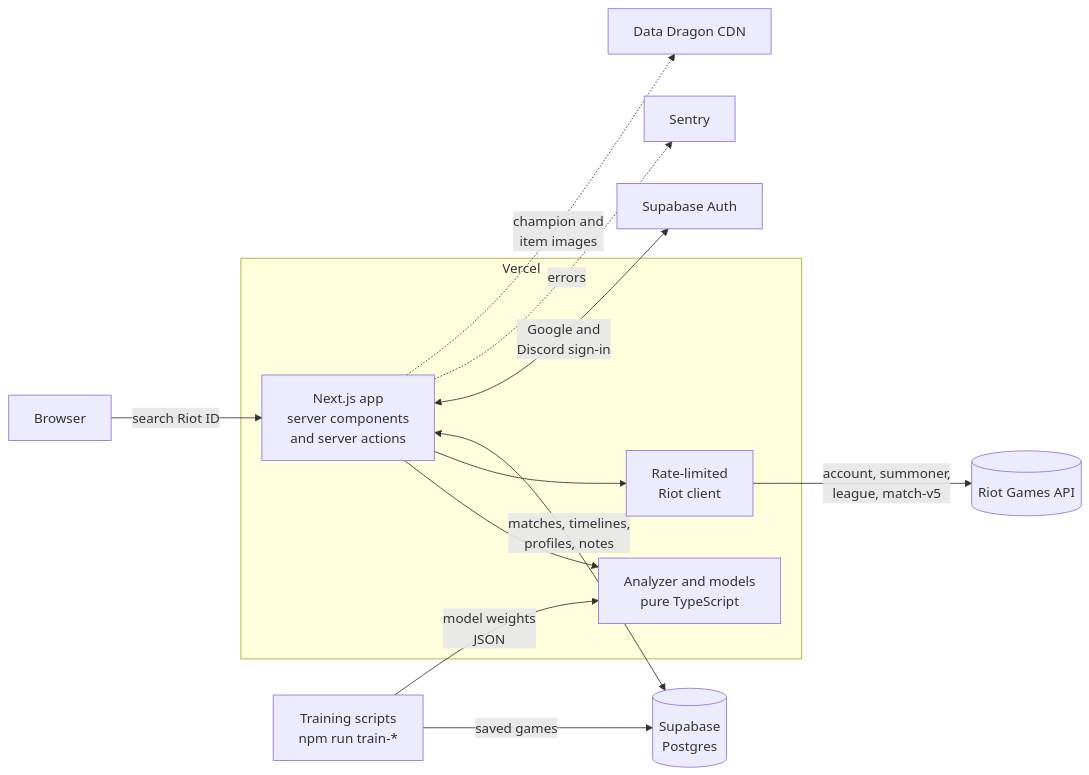
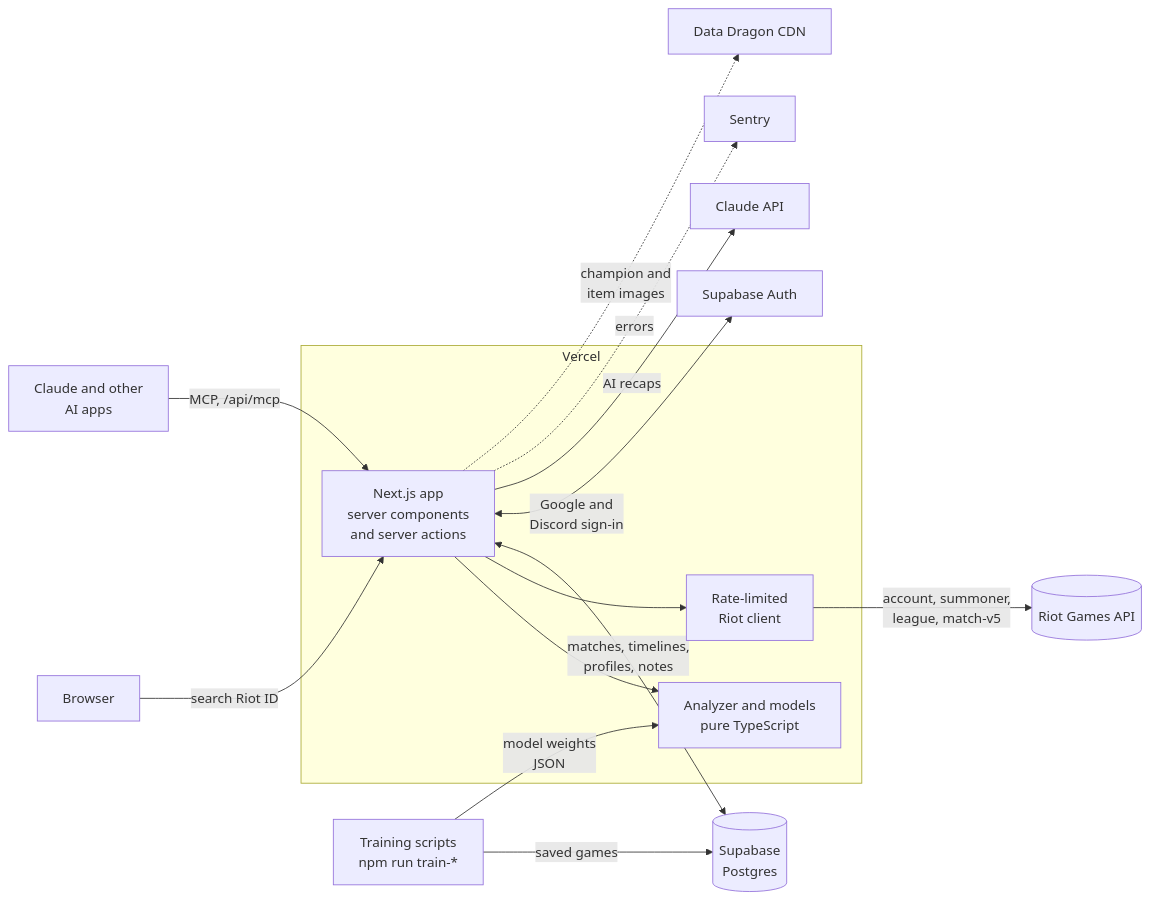
Before and after one commit to Jaspyplayz/League-Web-App: the diagram in README.md, drawn with Mermaid. The commit also changed other lines of this file and 2 other files, not shown here.

Commit message:
Add ARCHITECTURE.md with request flow, caching rules and known limits
Adds MCP and Claude to the README diagram and links the new page from
README and CLAUDE.md.

Claude-Session: https://claude.ai/code/session_01QV9iK5f26UFMd5huPUUitg

````diff
--- a/README.md
+++ b/README.md
@@ -113,20 +113,22 @@
 ```mermaid
 flowchart LR
     U[Browser] -->|search Riot ID| N
+    AI[Claude and other<br/>AI apps] -->|MCP, /api/mcp| N
 
     subgraph V[Vercel]
         N[Next.js app<br/>server components<br/>and server actions]
         A[Analyzer and models<br/>pure TypeScript]
         Q[Rate-limited<br/>Riot client]
         N --> A
         N --> Q
     end
 
     Q -->|account, summoner,<br/>league, match-v5| R[(Riot Games API)]
     N <-->|matches, timelines,<br/>profiles, notes| DB[(Supabase<br/>Postgres)]
     N <-->|Google and<br/>Discord sign-in| AU[Supabase Auth]
     T[Training scripts<br/>npm run train-*] -->|saved games| DB
     T -->|model weights<br/>JSON| A
+    N -->|AI recaps| CL[Claude API]
     N -.->|errors| S[Sentry]
     N -.->|champion and<br/>item images| DD[Data Dragon CDN]
 ```
````
